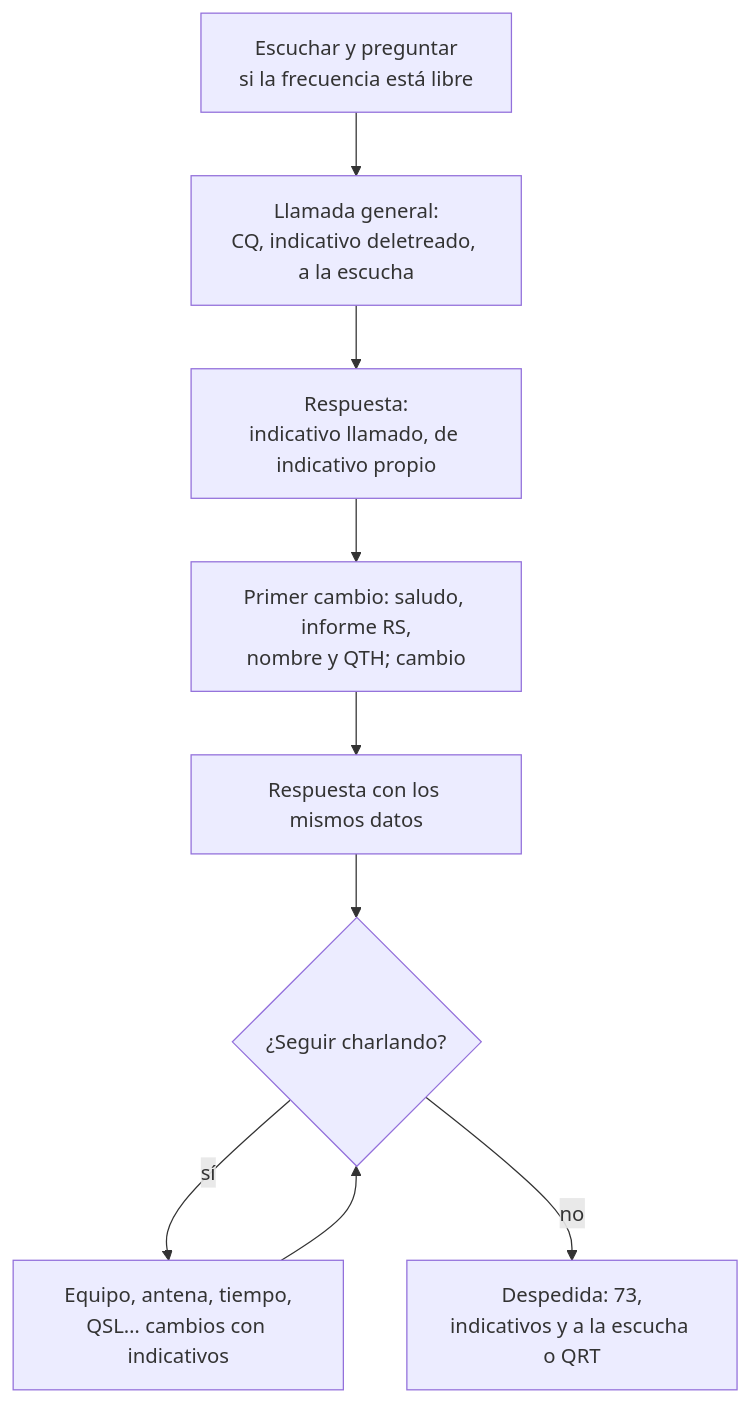
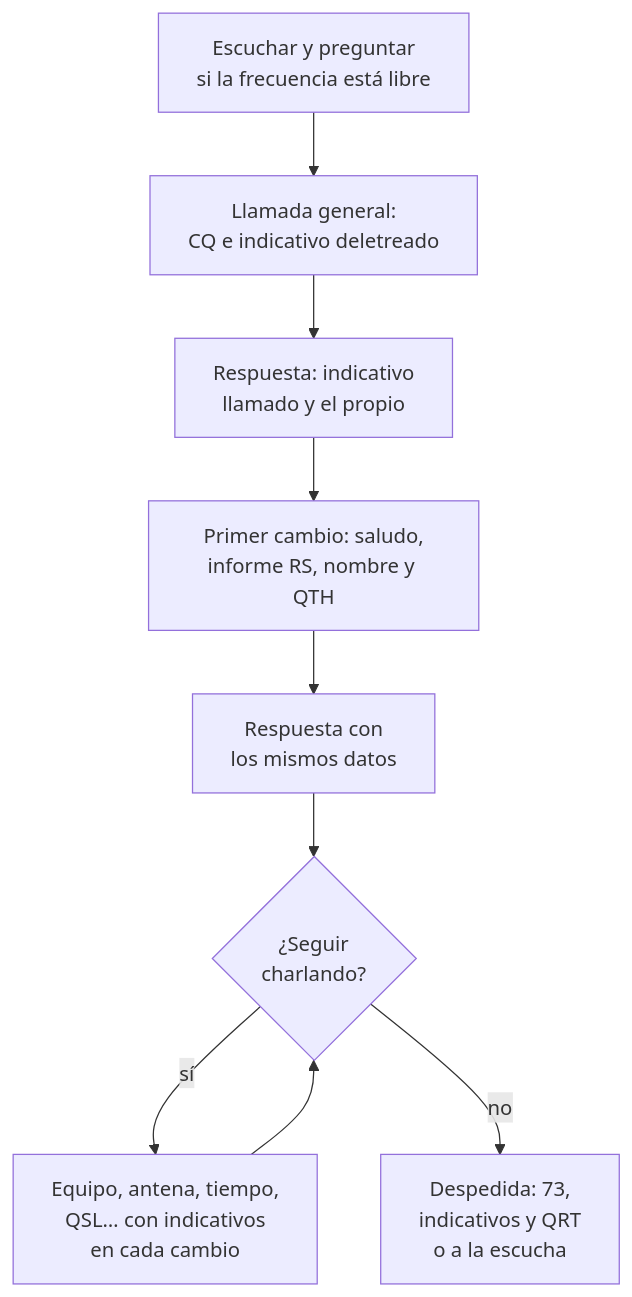
One commit to mshodai/manual-radioaficionado changed the first of 3 diagrams in docs/10-operacion.md. Above: the diagram before and after it, drawn with Mermaid. The commit also changed other lines of this file and 33 other files, not shown here.

````diff
--- a/docs/10-operacion.md
+++ b/docs/10-operacion.md
@@ -149,11 +149,11 @@
 ```mermaid
 flowchart TD
-    A["Escuchar y preguntar<br/>si la frecuencia está libre"] --> B["Llamada general:<br/>CQ, indicativo deletreado, a la escucha"]
-    B --> C["Respuesta:<br/>indicativo llamado, de indicativo propio"]
-    C --> D["Primer cambio: saludo, informe RS,<br/>nombre y QTH; cambio"]
-    D --> E["Respuesta con los mismos datos"]
-    E --> F{"¿Seguir charlando?"}
-    F -->|sí| G["Equipo, antena, tiempo,<br/>QSL… cambios con indicativos"]
+    A["Escuchar y preguntar<br/>si la frecuencia está libre"] --> B["Llamada general:<br/>CQ e indicativo deletreado"]
+    B --> C["Respuesta: indicativo<br/>llamado y el propio"]
+    C --> D["Primer cambio: saludo,<br/>informe RS, nombre y QTH"]
+    D --> E["Respuesta con<br/>los mismos datos"]
+    E --> F{"¿Seguir<br/>charlando?"}
+    F -->|sí| G["Equipo, antena, tiempo,<br/>QSL… con indicativos<br/>en cada cambio"]
     G --> F
-    F -->|no| H["Despedida: 73,<br/>indicativos y a la escucha o QRT"]
+    F -->|no| H["Despedida: 73,<br/>indicativos y QRT<br/>o a la escucha"]
 ```
````
